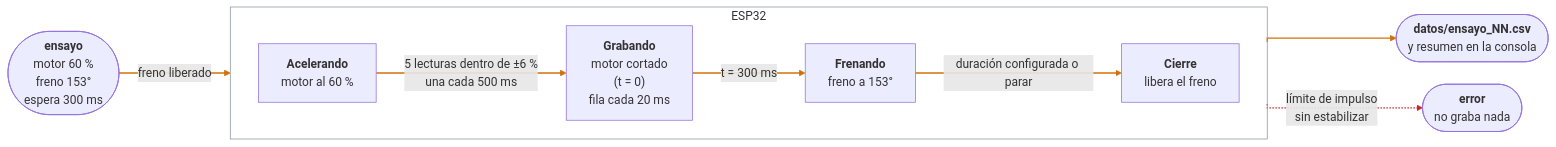
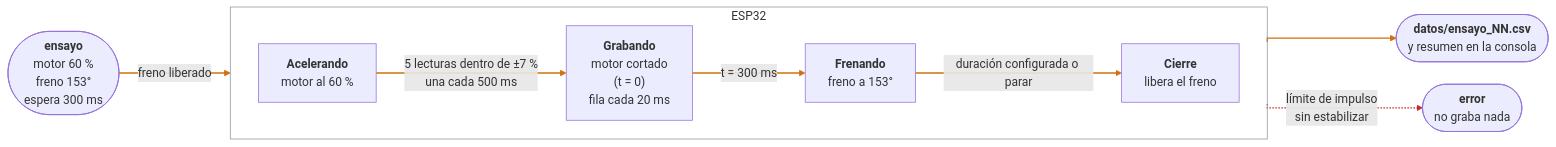
The second of 2 diagrams in proyecto_2_grupal/docs/03_flujo.md (TamaraCM06/tcajiao_asm_2026_s2), drawn with Mermaid before and after one commit. The commit also changed other lines of this file and 5 other files, not shown here.

```diff
--- a/proyecto_2_grupal/docs/03_flujo.md
+++ b/proyecto_2_grupal/docs/03_flujo.md
@@ -84,27 +84,27 @@
 ~~~mermaid
 %%{init: {"flowchart": {"curve": "stepBefore", "nodeSpacing": 30, "rankSpacing": 50}}}%%
 flowchart LR
     orden(["<b>ensayo</b><br/>motor 60 %<br/>freno 153°<br/>espera 300 ms"])
 
     subgraph esp["ESP32"]
         direction LR
         acel["<b>Acelerando</b><br/>motor al 60 %"]
         grab["<b>Grabando</b><br/>motor cortado<br/>(t = 0)<br/>fila cada 20 ms"]
         fren["<b>Frenando</b><br/>freno a 153°"]
         cierre["<b>Cierre</b><br/>libera el freno"]
     end
 
     csv(["<b>datos/ensayo_NN.csv</b><br/>y resumen en la consola"])
     error(["<b>error</b><br/>no graba nada"])
 
     orden -->|"freno liberado"| acel
-    acel -->|"5 lecturas dentro de ±6 %<br/>una cada 500 ms"| grab
+    acel -->|"5 lecturas dentro de ±7 %<br/>una cada 500 ms"| grab
     grab -->|"t = 300 ms"| fren
     fren -->|"duración configurada o parar"| cierre
     cierre --> csv
     acel -.->|"límite de impulso<br/>sin estabilizar"| error
 
     linkStyle 0,1,2,3,4 stroke:#d1700a,stroke-width:1.8px
     linkStyle 5 stroke:#c62828,stroke-width:1.6px
     style esp fill:none,stroke:#8b949e,stroke-width:1px
 ~~~
```
